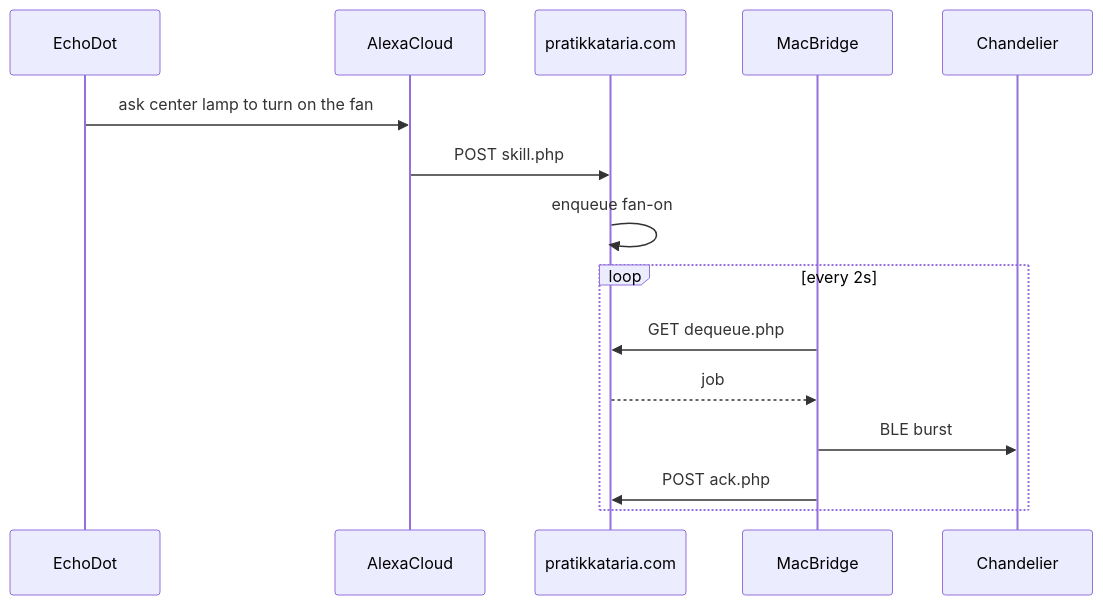
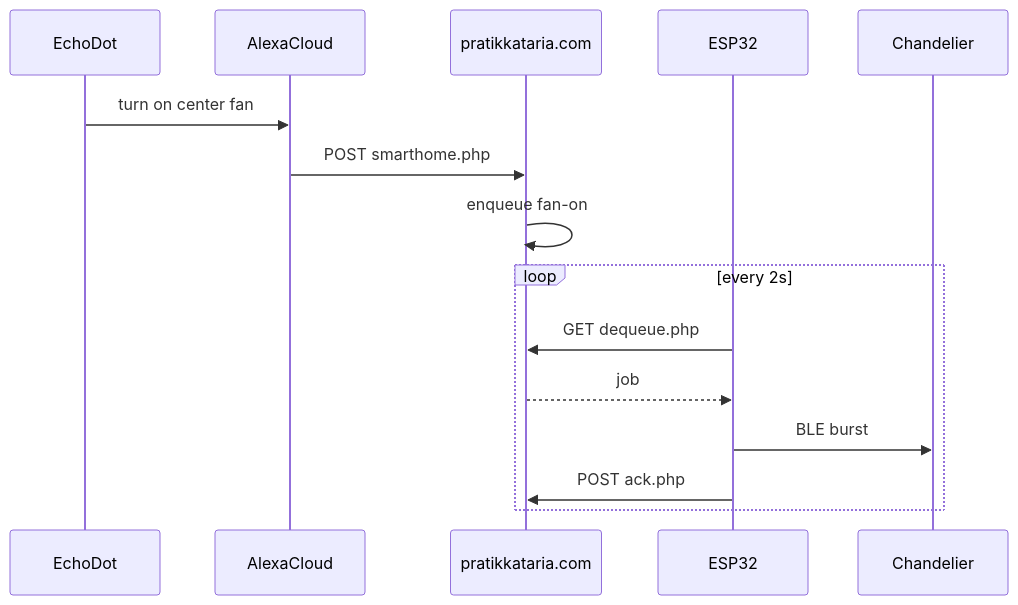
The diagram in jingyuan-fan-lamp/README.md (kpratik2015/Home-Automation), drawn with Mermaid before and after one commit. The commit also changed other lines of this file and 18 other files, not shown here.

First line of the commit message:
Enhance Alexa Smart Home integration for ESP32 home automation

````diff
--- a/jingyuan-fan-lamp/README.md
+++ b/jingyuan-fan-lamp/README.md
@@ -58,18 +58,18 @@
 ```mermaid
 sequenceDiagram
   participant Echo as EchoDot
   participant Alexa as AlexaCloud
   participant Host as pratikkataria.com
-  participant Mac as MacBridge
+  participant ESP as ESP32
   participant Fan as Chandelier
 
-  Echo->>Alexa: ask center lamp to turn on the fan
-  Alexa->>Host: POST skill.php
+  Echo->>Alexa: turn on center fan
+  Alexa->>Host: POST smarthome.php
   Host->>Host: enqueue fan-on
   loop every 2s
-    Mac->>Host: GET dequeue.php
-    Host-->>Mac: job
-    Mac->>Fan: BLE burst
-    Mac->>Host: POST ack.php
+    ESP->>Host: GET dequeue.php
+    Host-->>ESP: job
+    ESP->>Fan: BLE burst
+    ESP->>Host: POST ack.php
   end
 ```
````
